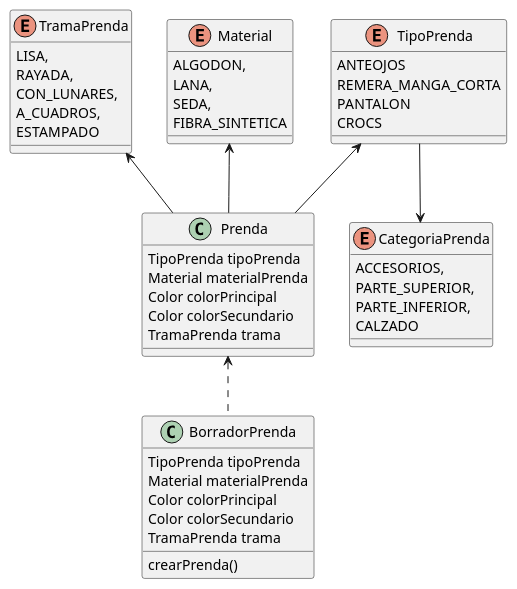
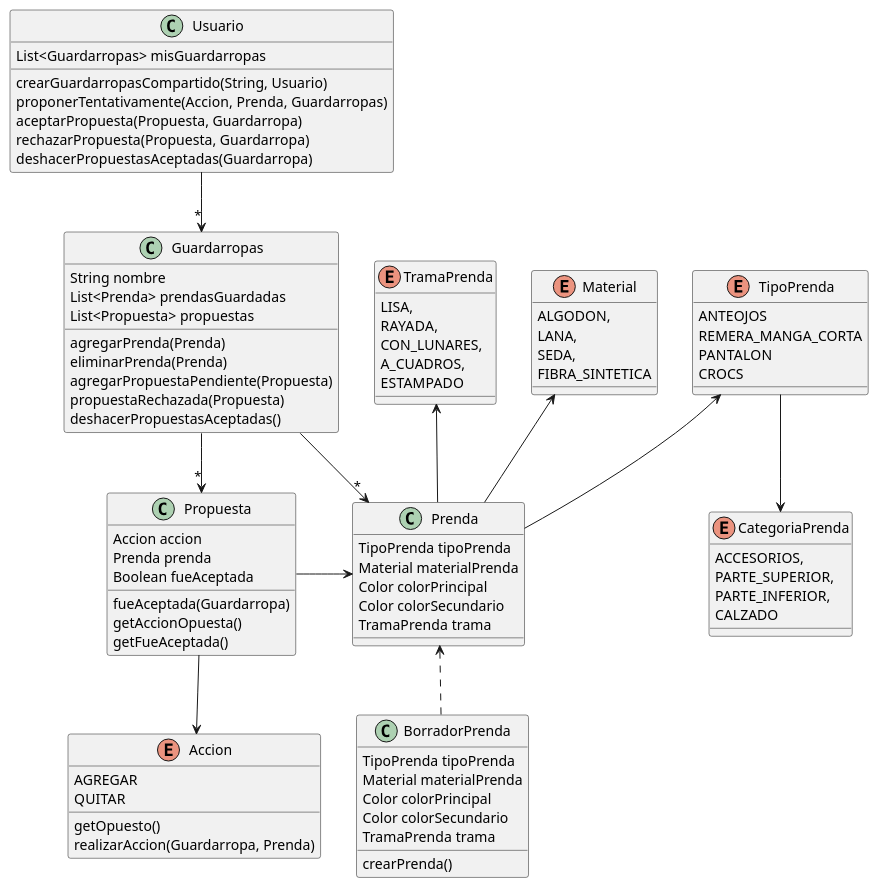
Before and after one commit to LucasBarr99/QMP: the diagram in DiagramaDeClases/diagrama.puml, drawn with PlantUML. The commit also changed 2 other files, not shown here.

Commit message:
Modificacion readme + Actualizacion diagrama

```diff
--- a/DiagramaDeClases/diagrama.puml
+++ b/DiagramaDeClases/diagrama.puml
@@ -1,58 +1,106 @@
 @startuml
 
 enum CategoriaPrenda{
 	ACCESORIOS,
     PARTE_SUPERIOR,
     PARTE_INFERIOR,
     CALZADO
 }
 
 enum Material{
 	ALGODON,
     LANA,
     SEDA,
     FIBRA_SINTETICA
 }
 
 enum TipoPrenda{
     ANTEOJOS
     REMERA_MANGA_CORTA
     PANTALON
     CROCS
 
 }
 
 enum TramaPrenda{
     LISA,
     RAYADA,
     CON_LUNARES,
     A_CUADROS,
     ESTAMPADO
 }
 
 class Prenda{
 	TipoPrenda tipoPrenda
     Material materialPrenda
     Color colorPrincipal
     Color colorSecundario
     TramaPrenda trama
 }
 
 class BorradorPrenda{
     TipoPrenda tipoPrenda
     Material materialPrenda
     Color colorPrincipal
     Color colorSecundario
     TramaPrenda trama
 
     crearPrenda()
 }
 
+class Guardarropas{
+    String nombre
+    List<Prenda> prendasGuardadas
+    List<Propuesta> propuestas
+
+    agregarPrenda(Prenda)
+    eliminarPrenda(Prenda)
+    agregarPropuestaPendiente(Propuesta)
+    propuestaRechazada(Propuesta)
+    deshacerPropuestasAceptadas()
+
+}
+
+class Usuario{
+    List<Guardarropas> misGuardarropas
+
+    crearGuardarropasCompartido(String, Usuario)
+    proponerTentativamente(Accion, Prenda, Guardarropas)
+    aceptarPropuesta(Propuesta, Guardarropa)
+    rechazarPropuesta(Propuesta, Guardarropa)
+    deshacerPropuestasAceptadas(Guardarropa)
+}
+
+enum Accion{
+    AGREGAR
+    QUITAR
+
+    getOpuesto()
+    realizarAccion(Guardarropa, Prenda)
+}
+
+class Propuesta{
+    Accion accion
+    Prenda prenda
+    Boolean fueAceptada
+
+    fueAceptada(Guardarropa)
+    getAccionOpuesta()
+    getFueAceptada()
+
+}
 
 
-Prenda -up-> TipoPrenda
+
+TipoPrenda <-- Prenda
 Prenda -up-> Material
 Prenda -up-> TramaPrenda
 TipoPrenda --> CategoriaPrenda
 BorradorPrenda .up.> Prenda
+
+Guardarropas ->"*" Prenda
+Guardarropas -->"*" Propuesta
+Propuesta --> Accion
+Propuesta -> Prenda
+Usuario -->"*" Guardarropas
 @enduml
```
